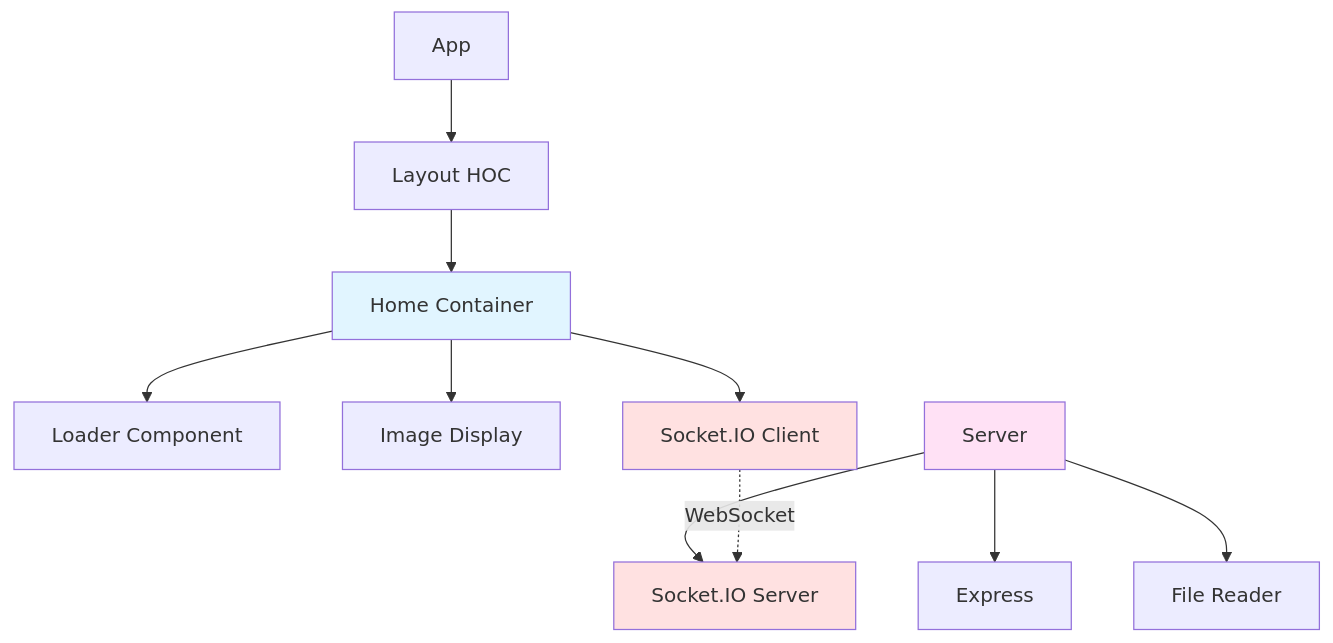
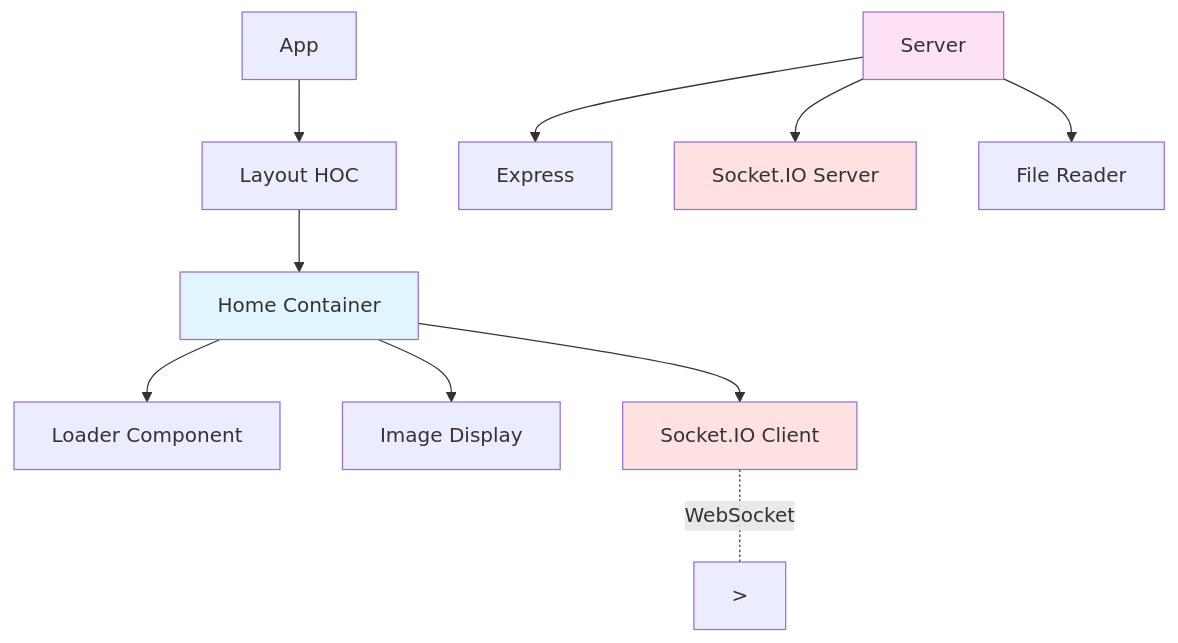
Before and after one commit to orassayag/stream-images: the third of 3 diagrams in README.md, drawn with Mermaid. The commit also changed other lines of this file and 61 other files, not shown here.

````diff
--- a/README.md
+++ b/README.md
@@ -56,19 +96,19 @@
 ```mermaid
 graph TD
     A[App] --> B[Layout HOC]
     B --> C[Home Container]
     C --> D[Loader Component]
     C --> E[Image Display]
     C --> F[Socket.IO Client]
-    
+
     G[Server] --> H[Express]
     G --> I[Socket.IO Server]
     G --> J[File Reader]
-    
-    F -.WebSocket.-> I
-    
+
+    F -.WebSocket.-&gt; I
+
     style C fill:#e1f5ff
     style F fill:#ffe1e1
     style G fill:#ffe1f5
     style I fill:#ffe1e1
 ```
````
